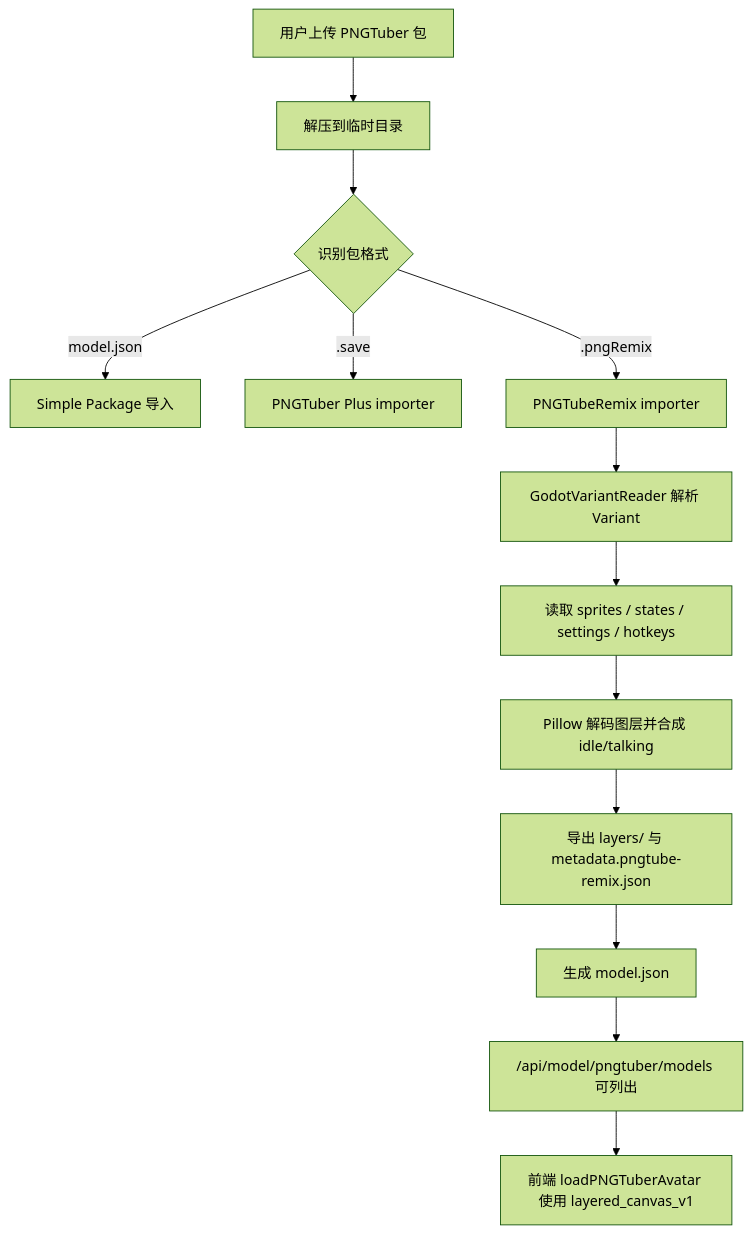
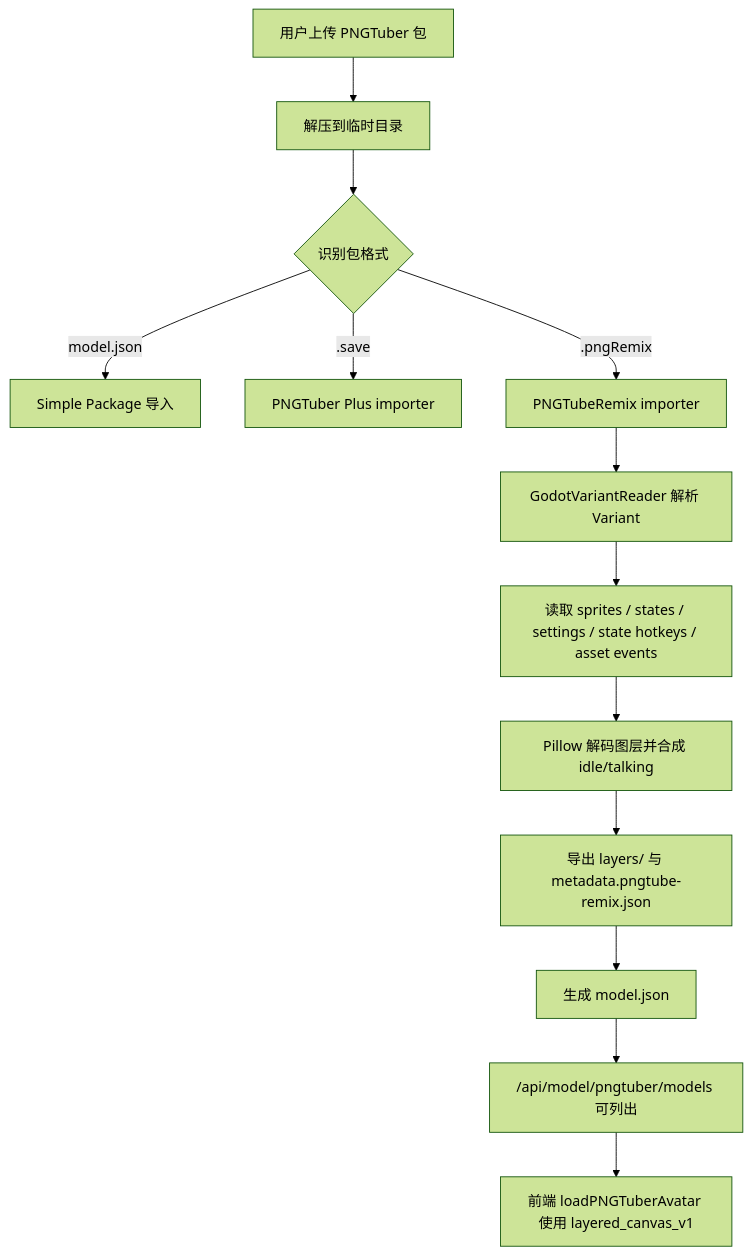
Before and after one commit to Project-N-E-K-O/N.E.K.O: the diagram in docs/design/pngtuber-lightweight-avatar-plan.md, drawn with Mermaid (forest theme). The commit also changed other lines of this file and 4 other files, not shown here.

````diff
--- a/docs/design/pngtuber-lightweight-avatar-plan.md
+++ b/docs/design/pngtuber-lightweight-avatar-plan.md
@@ -1244,15 +1281,15 @@
 ```mermaid
 flowchart TD
   A["用户上传 PNGTuber 包"] --> B["解压到临时目录"]
   B --> C{"识别包格式"}
   C -->|"model.json"| D["Simple Package 导入"]
   C -->|".save"| E["PNGTuber Plus importer"]
   C -->|".pngRemix"| F["PNGTubeRemix importer"]
   F --> G["GodotVariantReader 解析 Variant"]
-  G --> H["读取 sprites / states / settings / hotkeys"]
+  G --> H["读取 sprites / states / settings / state hotkeys / asset events"]
   H --> I["Pillow 解码图层并合成 idle/talking"]
   I --> J["导出 layers/ 与 metadata.pngtube-remix.json"]
   J --> K["生成 model.json"]
   K --> L["/api/model/pngtuber/models 可列出"]
   L --> M["前端 loadPNGTuberAvatar 使用 layered_canvas_v1"]
 ```
````
